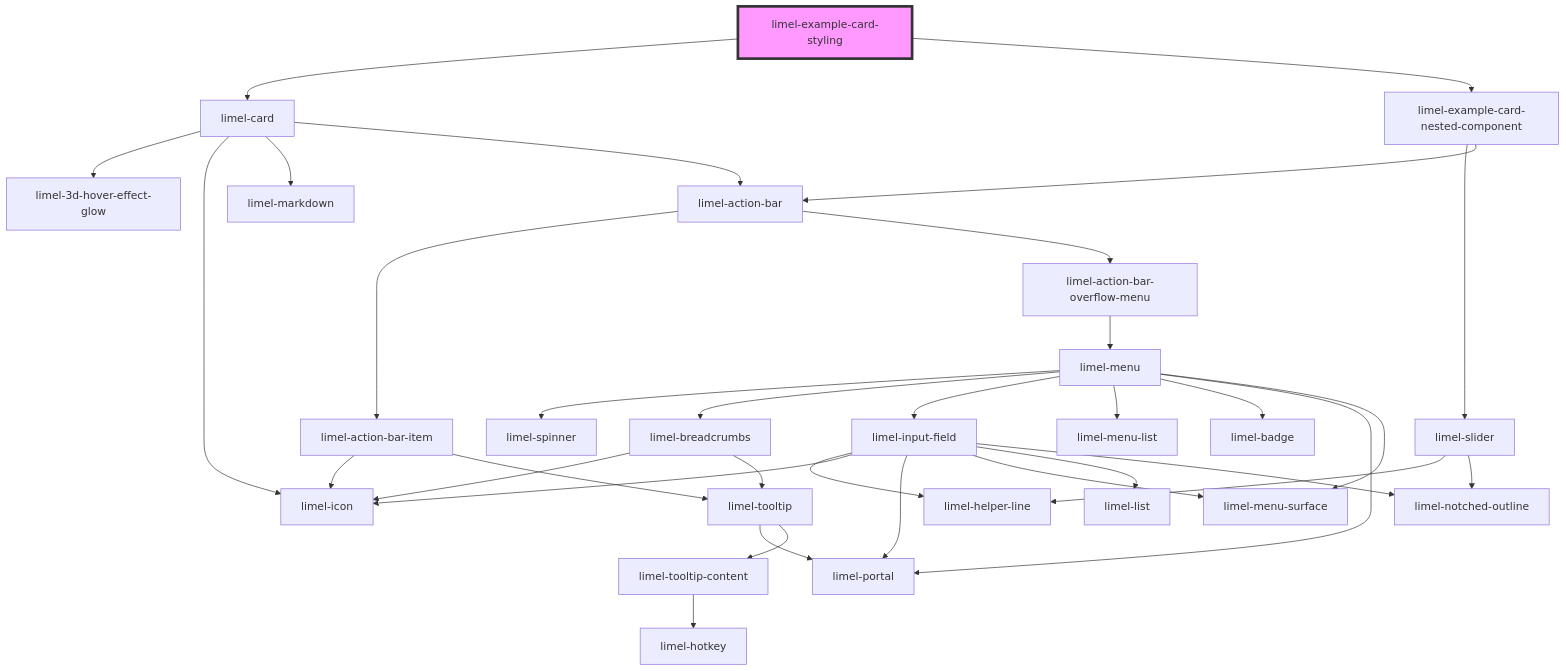
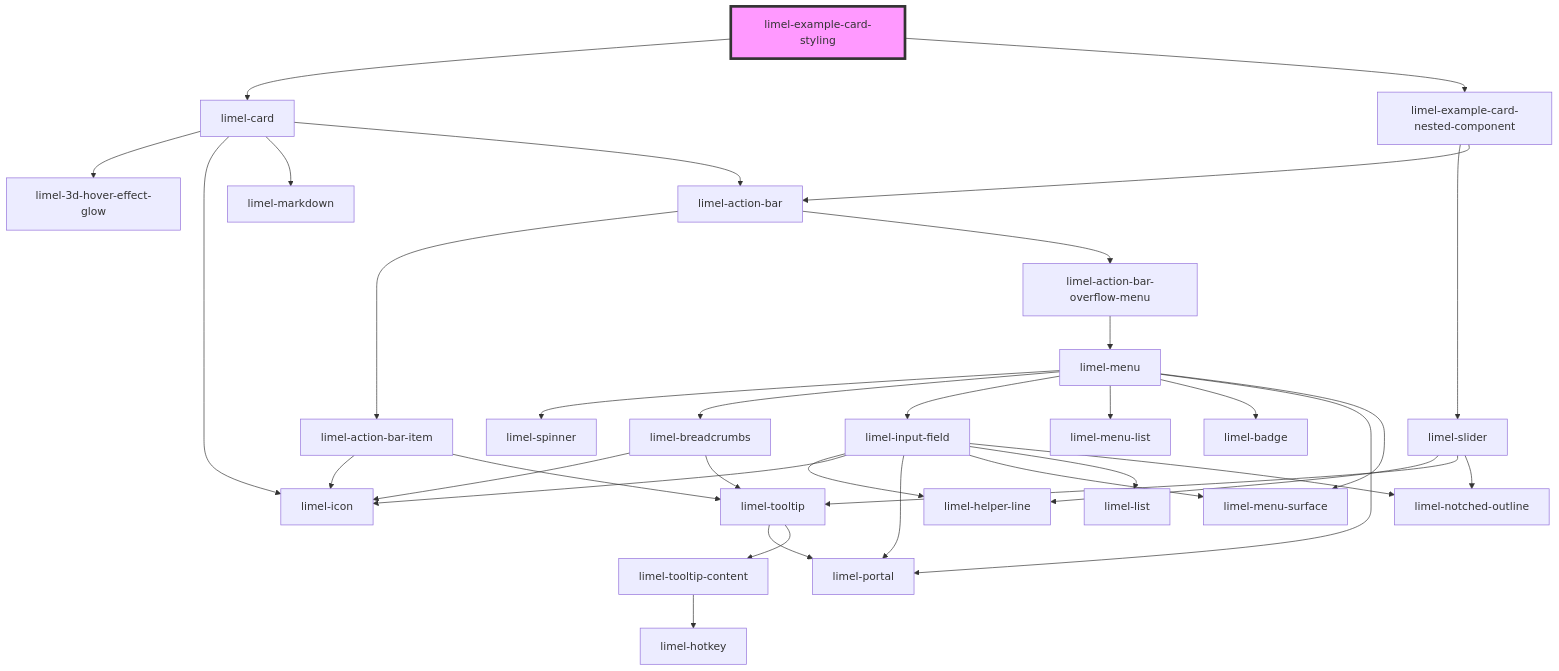
One commit to Lundalogik/lime-elements changed the diagram in versions/PR-4084/markdown-docs/components/card/examples/readme.md. Above: the diagram before and after it, drawn with Mermaid. The commit also changed 573 other files, not shown here.

````diff
--- a/versions/PR-4084/markdown-docs/components/card/examples/readme.md
+++ b/versions/PR-4084/markdown-docs/components/card/examples/readme.md
@@ -19,37 +19,38 @@
 ```mermaid
 graph TD;
   limel-example-card-styling --> limel-card
   limel-example-card-styling --> limel-example-card-nested-component
   limel-card --> limel-3d-hover-effect-glow
   limel-card --> limel-icon
   limel-card --> limel-markdown
   limel-card --> limel-action-bar
   limel-action-bar --> limel-action-bar-item
   limel-action-bar --> limel-action-bar-overflow-menu
   limel-action-bar-item --> limel-icon
   limel-action-bar-item --> limel-tooltip
   limel-tooltip --> limel-portal
   limel-tooltip --> limel-tooltip-content
   limel-tooltip-content --> limel-hotkey
   limel-action-bar-overflow-menu --> limel-menu
   limel-menu --> limel-spinner
   limel-menu --> limel-breadcrumbs
   limel-menu --> limel-input-field
   limel-menu --> limel-menu-list
   limel-menu --> limel-badge
   limel-menu --> limel-portal
   limel-menu --> limel-menu-surface
   limel-breadcrumbs --> limel-icon
   limel-breadcrumbs --> limel-tooltip
   limel-input-field --> limel-helper-line
   limel-input-field --> limel-icon
   limel-input-field --> limel-portal
   limel-input-field --> limel-menu-surface
   limel-input-field --> limel-list
   limel-input-field --> limel-notched-outline
   limel-example-card-nested-component --> limel-slider
   limel-example-card-nested-component --> limel-action-bar
   limel-slider --> limel-helper-line
+  limel-slider --> limel-tooltip
   limel-slider --> limel-notched-outline
   style limel-example-card-styling fill:#f9f,stroke:#333,stroke-width:4px
 ```
````
